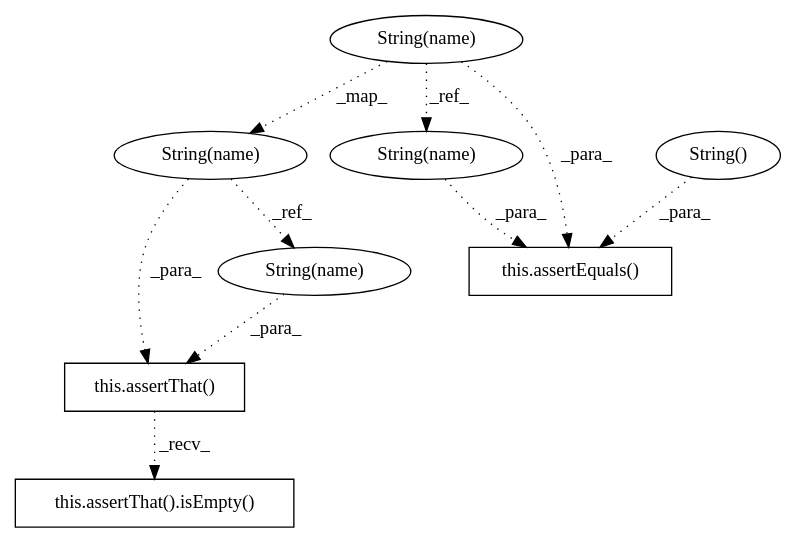
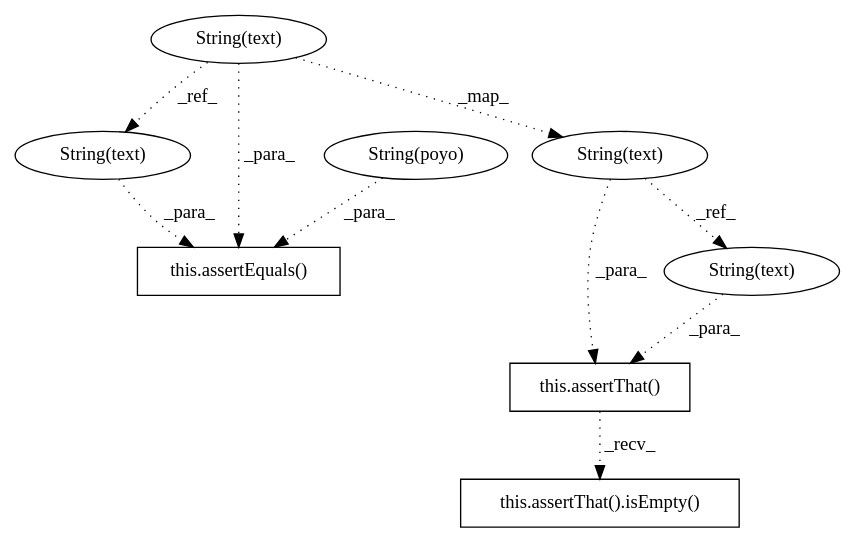
Before and after one commit to sabanishi/CPatMiner: the diagram in Sandbox/sandbox_0.dot, drawn with Graphviz. The commit also changed 33 other files, not shown here.

```diff
--- a/Sandbox/sandbox_0.dot
+++ b/Sandbox/sandbox_0.dot
@@ -1,19 +1,19 @@
 digraph G {
-1 [label="String(name)" shape=ellipse]
-2 [label="String(name)" shape=ellipse]
-3 [label="String()" shape=ellipse]
-4 [label="String(name)" shape=ellipse]
-5 [label="this.assertEquals()" shape=box]
-6 [label="this.assertThat()" shape=box]
-7 [label="String(name)" shape=ellipse]
-8 [label="this.assertThat().isEmpty()" shape=box]
-2 -> 1 [label="_map_" style=dotted];
-2 -> 4 [label="_ref_" style=dotted];
-4 -> 5 [label="_para_" style=dotted];
-3 -> 5 [label="_para_" style=dotted];
-2 -> 5 [label="_para_" style=dotted];
-7 -> 6 [label="_para_" style=dotted];
-1 -> 6 [label="_para_" style=dotted];
-1 -> 7 [label="_ref_" style=dotted];
-6 -> 8 [label="_recv_" style=dotted];
+1 [label="String(text)" shape=ellipse]
+2 [label="this.assertEquals()" shape=box]
+3 [label="String(text)" shape=ellipse]
+4 [label="String(text)" shape=ellipse]
+5 [label="String(text)" shape=ellipse]
+6 [label="this.assertThat().isEmpty()" shape=box]
+7 [label="String(poyo)" shape=ellipse]
+8 [label="this.assertThat()" shape=box]
+4 -> 1 [label="_ref_" style=dotted];
+1 -> 2 [label="_para_" style=dotted];
+7 -> 2 [label="_para_" style=dotted];
+4 -> 2 [label="_para_" style=dotted];
+5 -> 3 [label="_ref_" style=dotted];
+4 -> 5 [label="_map_" style=dotted];
+8 -> 6 [label="_recv_" style=dotted];
+3 -> 8 [label="_para_" style=dotted];
+5 -> 8 [label="_para_" style=dotted];
 }
```
